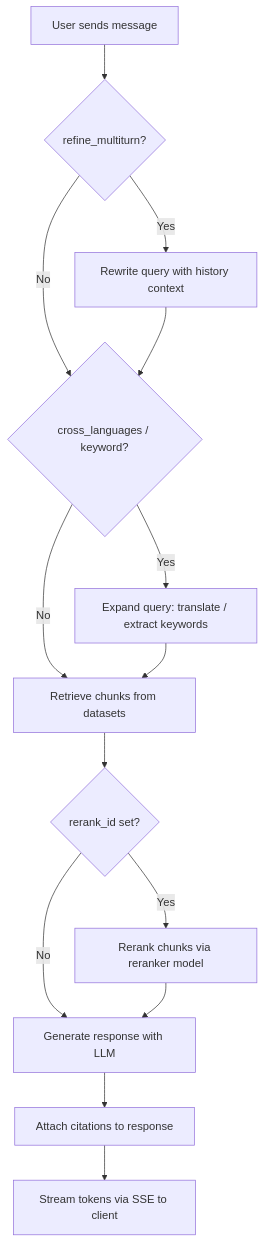
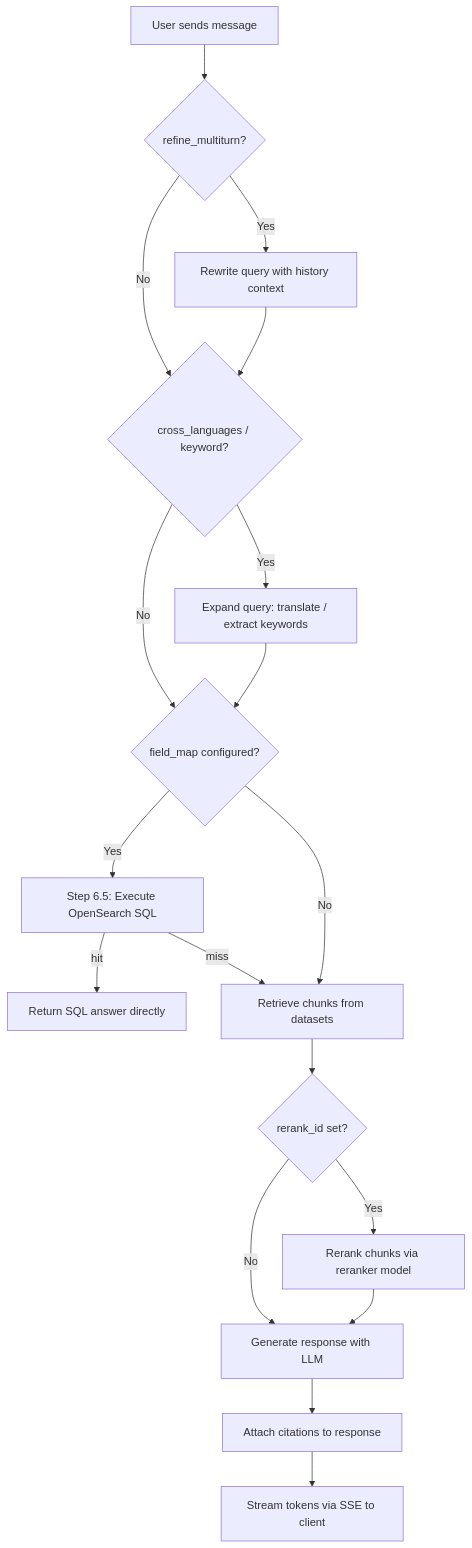
One commit to b-knowledge-solution/b-knowledge changed the second of 2 diagrams in docs/srs/ai-features/fr-ai-chat.md. Above: the diagram before and after it, drawn with Mermaid. The commit also changed other lines of this file and 17 other files, not shown here.

````diff
--- a/docs/srs/ai-features/fr-ai-chat.md
+++ b/docs/srs/ai-features/fr-ai-chat.md
@@ -78,16 +143,20 @@
 ```mermaid
 flowchart TD
     A[User sends message] --> B{refine_multiturn?}
     B -- Yes --> C[Rewrite query with history context]
     B -- No --> D{cross_languages / keyword?}
     C --> D
     D -- Yes --> E[Expand query: translate / extract keywords]
-    D -- No --> F[Retrieve chunks from datasets]
-    E --> F
+    D -- No --> SQL{field_map configured?}
+    E --> SQL
+    SQL -- Yes --> SQLTRY["Step 6.5: Execute OpenSearch SQL"]
+    SQLTRY -- hit --> DONE[Return SQL answer directly]
+    SQLTRY -- miss --> F[Retrieve chunks from datasets]
+    SQL -- No --> F
     F --> G{rerank_id set?}
     G -- Yes --> H[Rerank chunks via reranker model]
     G -- No --> I[Generate response with LLM]
     H --> I
     I --> J[Attach citations to response]
     J --> K[Stream tokens via SSE to client]
 ```
````
